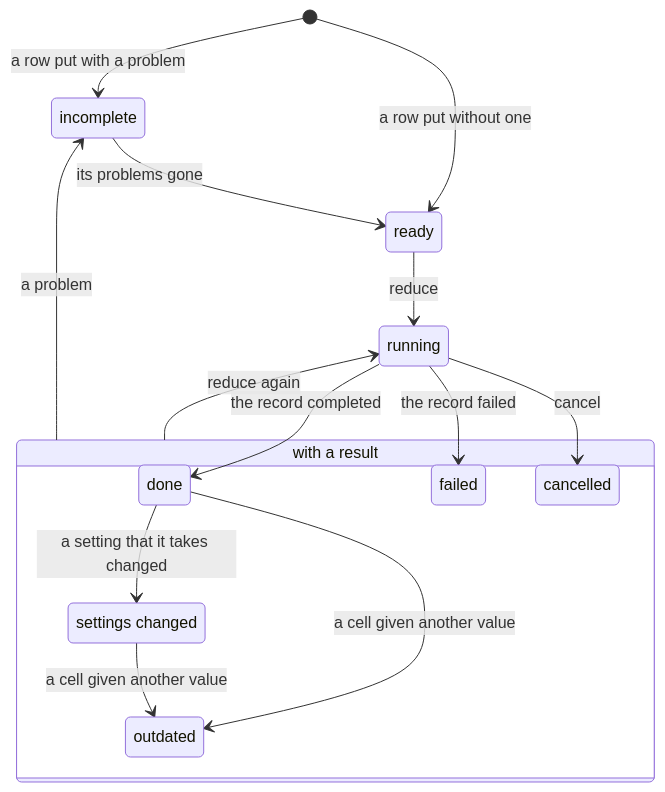
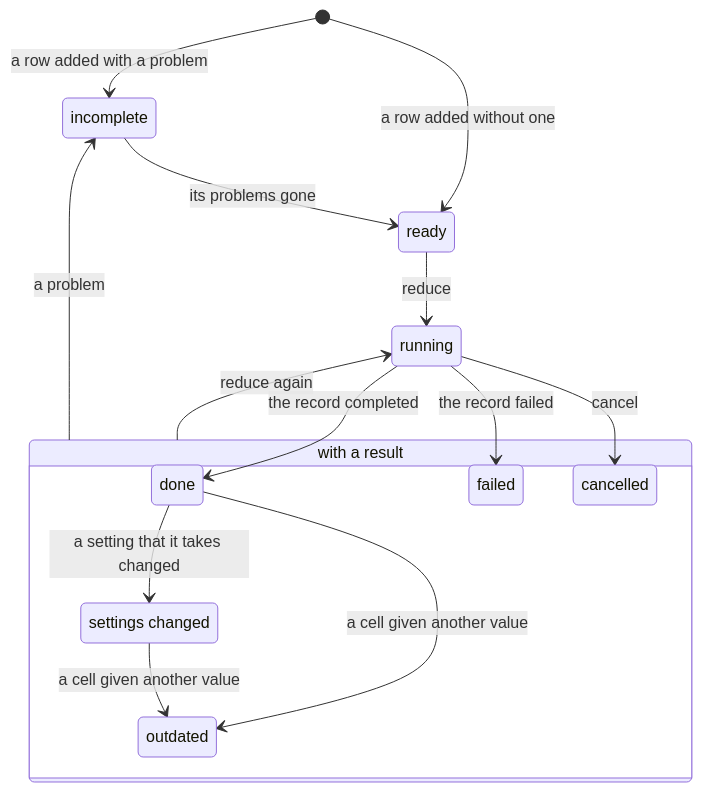
One commit to scipp/essapps changed the third of 5 diagrams in packages/essbatch/docs/batch.md. Above: the diagram before and after it, drawn with Mermaid. The commit also changed other lines of this file and 1 other file, not shown here.

````diff
--- a/packages/essbatch/docs/batch.md
+++ b/packages/essbatch/docs/batch.md
@@ -433,20 +328,20 @@
 ```mermaid
 stateDiagram-v2
-    [*] --> incomplete: a row put with a problem
-    [*] --> ready: a row put without one
+    [*] --> incomplete: a row added with a problem
+    [*] --> ready: a row added without one
     incomplete --> ready: its problems gone
     ready --> running: reduce
     running --> done: the record completed
     running --> failed: the record failed
     running --> cancelled: cancel
     state "settings changed" as settings_changed
     state "with a result" as result {
         done --> settings_changed: a setting that it takes changed
         done --> outdated: a cell given another value
         settings_changed --> outdated: a cell given another value
         failed
         cancelled
     }
     result --> running: reduce again
     result --> incomplete: a problem
 ```
````
